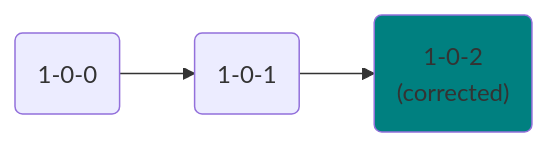
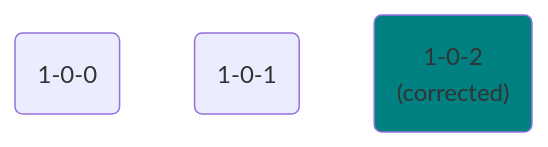
The second of 11 diagrams in docs/understanding-tracking-design/versioning-your-data-structures/amending/index.md (snowplow/documentation), drawn with Mermaid before and after one commit. The commit also changed other lines of this file, not shown here.

````diff
--- a/docs/understanding-tracking-design/versioning-your-data-structures/amending/index.md
+++ b/docs/understanding-tracking-design/versioning-your-data-structures/amending/index.md
@@ -41,5 +43,6 @@
 ```mermaid
 flowchart LR
   style v102 fill:teal
-  v100("1-0-0") --> v101("1-0-1") --> v102("1-0-2\n(corrected)")
+  linkStyle default stroke:none,fill:none
+  v100("1-0-0") --- v101("1-0-1") --- v102("1-0-2\n(corrected)")
 ```
````
